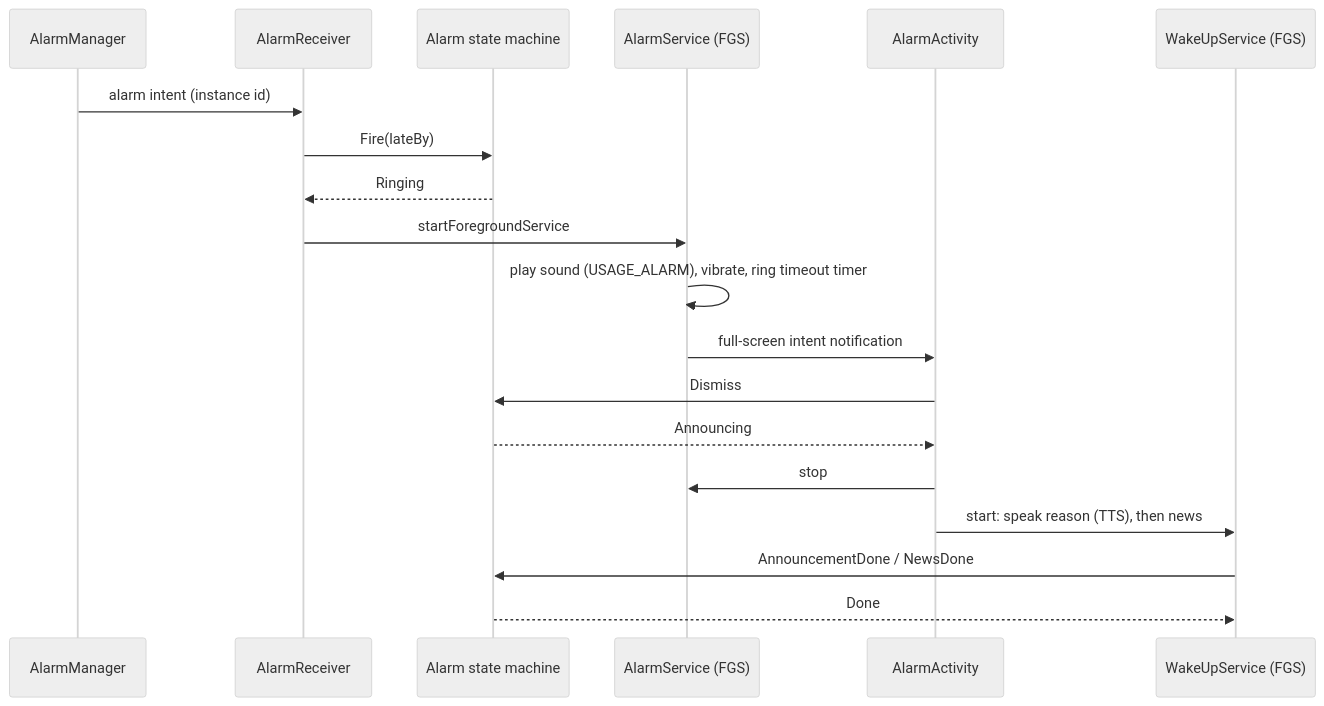
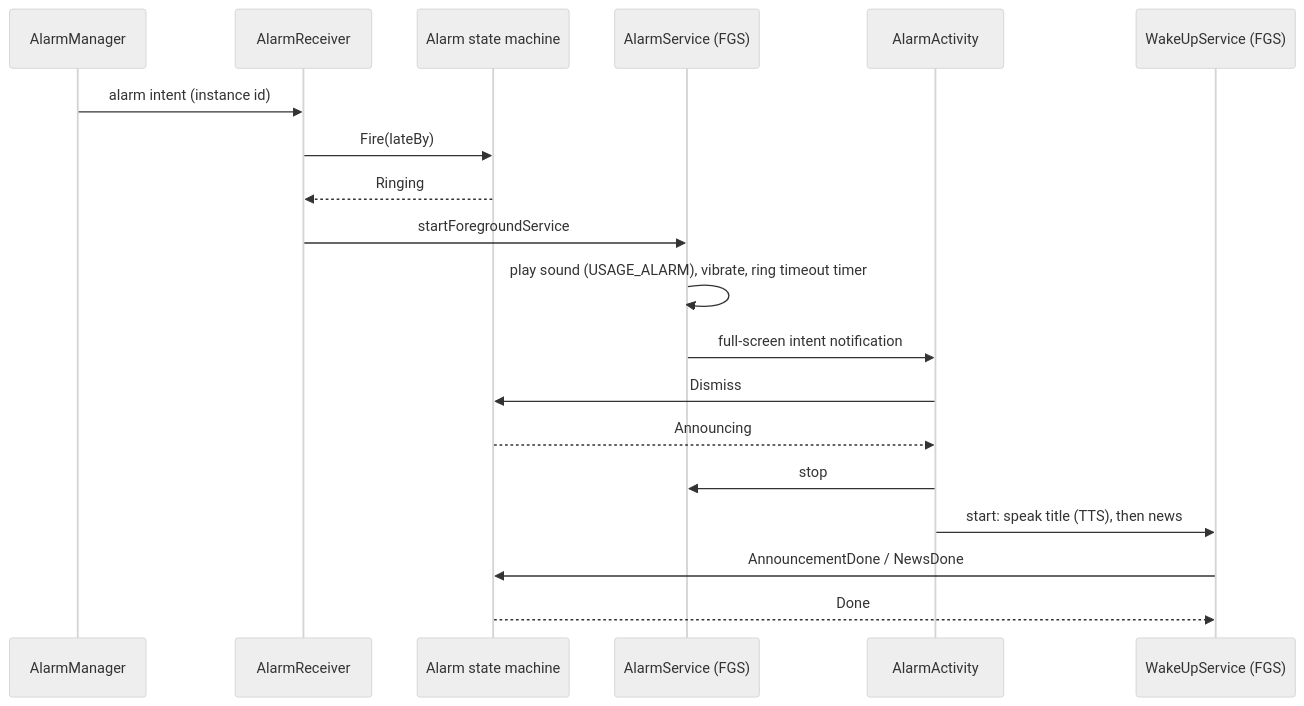
Before and after one commit to drehtuer/NextAlarmApp: the third of 4 diagrams in docs/architecture.md, drawn with Mermaid (neutral theme). The commit also changed other lines of this file and 4 other files, not shown here.

````diff
--- a/docs/architecture.md
+++ b/docs/architecture.md
@@ -155,21 +156,21 @@
 ```mermaid
 sequenceDiagram
     participant AM as AlarmManager
     participant R as AlarmReceiver
     participant SM as Alarm state machine
     participant S as AlarmService (FGS)
     participant A as AlarmActivity
     participant W as WakeUpService (FGS)
     AM->>R: alarm intent (instance id)
     R->>SM: Fire(lateBy)
     SM-->>R: Ringing
     R->>S: startForegroundService
     S->>S: play sound (USAGE_ALARM), vibrate, ring timeout timer
     S->>A: full-screen intent notification
     A->>SM: Dismiss
     SM-->>A: Announcing
     A->>S: stop
-    A->>W: start: speak reason (TTS), then news
+    A->>W: start: speak title (TTS), then news
     W->>SM: AnnouncementDone / NewsDone
     SM-->>W: Done
 ```
````
